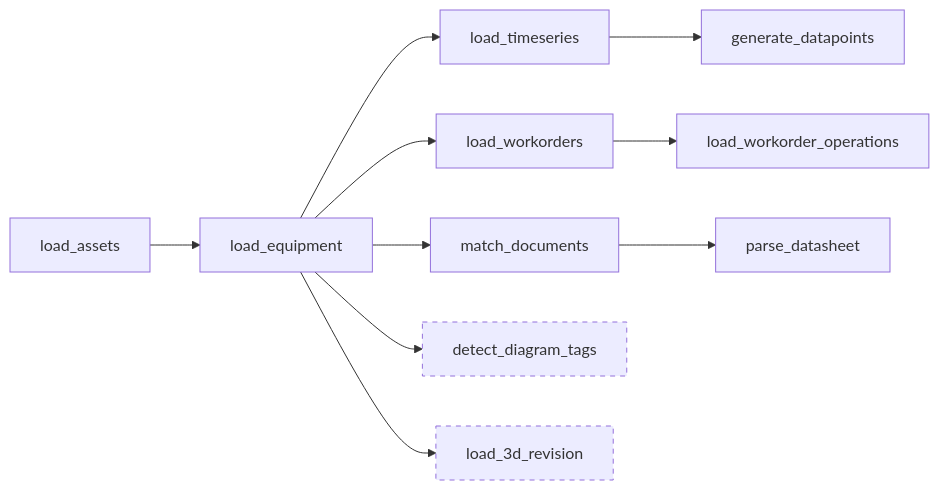
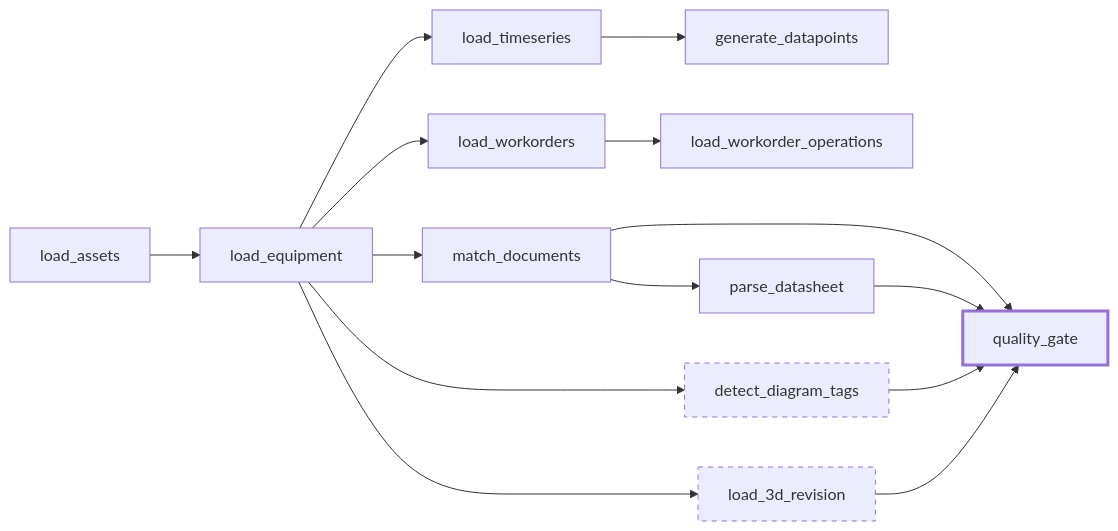
Before and after one commit to sebastian-srikanth/cdf-data-modeling-handson: the diagram in docs/12-workflows.md, drawn with Mermaid. The commit also changed other lines of this file and 23 other files, not shown here.

````diff
--- a/docs/12-workflows.md
+++ b/docs/12-workflows.md
@@ -27,12 +27,19 @@
 ```mermaid
 flowchart LR
   A[load_assets] --> B[load_equipment]
   B --> C[load_timeseries] --> D[generate_datapoints]
   B --> E[load_workorders] --> F[load_workorder_operations]
   B --> G[match_documents] --> H[parse_datasheet]
   B --> I[detect_diagram_tags]
   B --> J[load_3d_revision]
 
+  G --> K[quality_gate]
+  H --> K
+  I --> K
+  J --> K
+
   classDef tolerated stroke-dasharray: 5 5
   class I,J tolerated
+  classDef gate stroke-width:3px
+  class K gate
 ```
````
